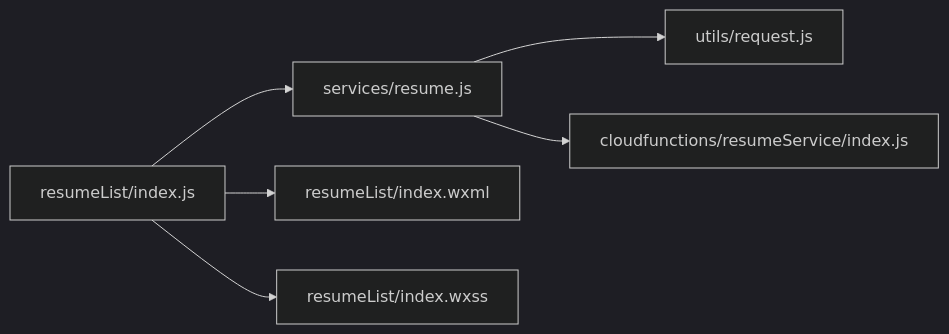
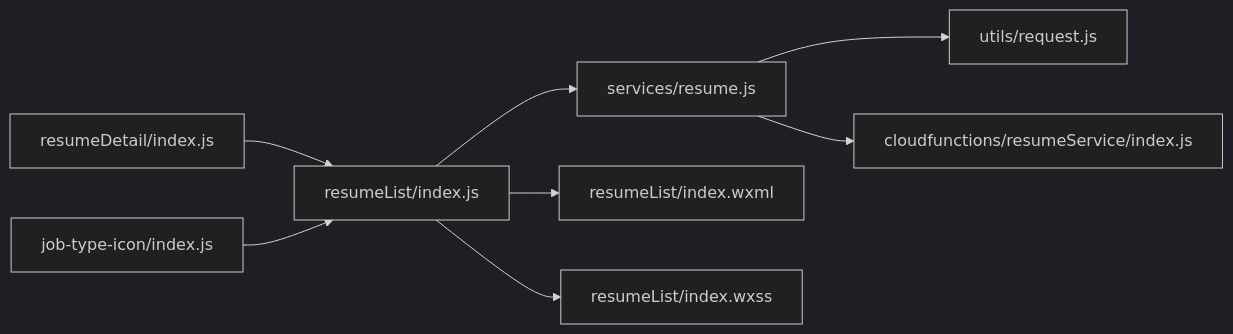
Before and after one commit to sunxuebo91/-: the sixth of 6 diagrams in .qoder/repowiki/zh/content/核心功能/简历系统/简历列表/简历列表.md, drawn with Mermaid (dark theme). The commit also changed other lines of this file and 30 other files, not shown here.

````diff
--- a/.qoder/repowiki/zh/content/核心功能/简历系统/简历列表/简历列表.md
+++ b/.qoder/repowiki/zh/content/核心功能/简历系统/简历列表/简历列表.md
@@ -285,8 +323,10 @@
 ```mermaid
 graph LR
 Page["resumeList/index.js"] --> Svc["services/resume.js"]
 Svc --> Req["utils/request.js"]
 Svc --> CF["cloudfunctions/resumeService/index.js"]
 Page --> WXML["resumeList/index.wxml"]
 Page --> WXSS["resumeList/index.wxss"]
+Detail["resumeDetail/index.js"] --> Page
+Icon["job-type-icon/index.js"] --> Page
 ```
````
